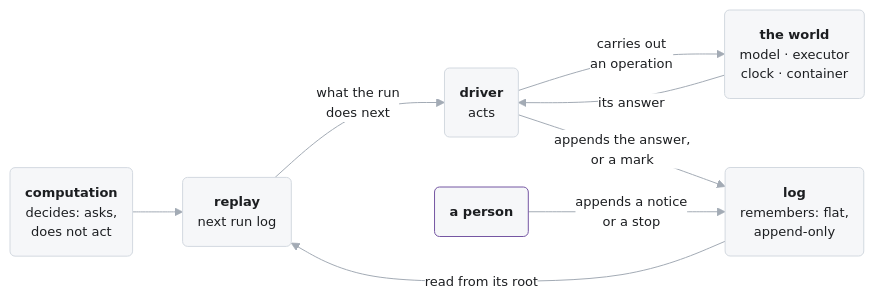
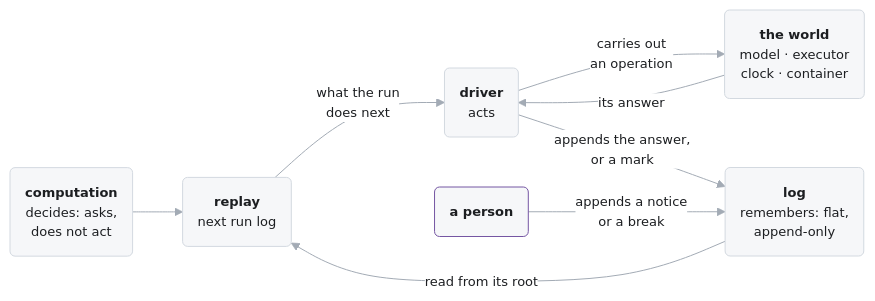
One commit to pku-xht/alaya changed the first of 6 diagrams in docs/agent-api.md. Above: the diagram before and after it, drawn with Mermaid. The commit also changed other lines of this file and 18 other files, not shown here.

````diff
--- a/docs/agent-api.md
+++ b/docs/agent-api.md
@@ -9,21 +9,21 @@
 ```mermaid
 %%{init: {"theme": "base", "themeVariables": {"fontFamily": "BlinkMacSystemFont, Segoe UI, Helvetica, Arial", "fontSize": "13px", "primaryColor": "#f6f7f9", "primaryTextColor": "#1c1e21", "primaryBorderColor": "#d3d9e0", "lineColor": "#a3abb5", "textColor": "#6f7985", "edgeLabelBackground": "#ffffff", "clusterBkg": "#fafbfc", "clusterBorder": "#e3e6ea"}}}%%
 flowchart LR
   classDef notice stroke:#7556a3
 
   computation("<b>computation</b><br/>decides: asks,<br/>does not act")
   log("<b>log</b><br/>remembers: flat,<br/>append-only")
   replay("<b>replay</b><br/>next run log")
   driver("<b>driver</b><br/>acts")
   world("<b>the world</b><br/>model · executor<br/>clock · container")
   person("<b>a person</b>"):::notice
 
   computation --> replay
   log -- "read from its root" --> replay
   replay -- "what the run<br/>does next" --> driver
   driver -- "carries out<br/>an operation" --> world
   world -- "its answer" --> driver
   driver -- "appends the answer,<br/>or a mark" --> log
-  person -- "appends a notice<br/>or a stop" --> log
+  person -- "appends a notice<br/>or a break" --> log
   linkStyle default stroke-width:1px
 ```
````
